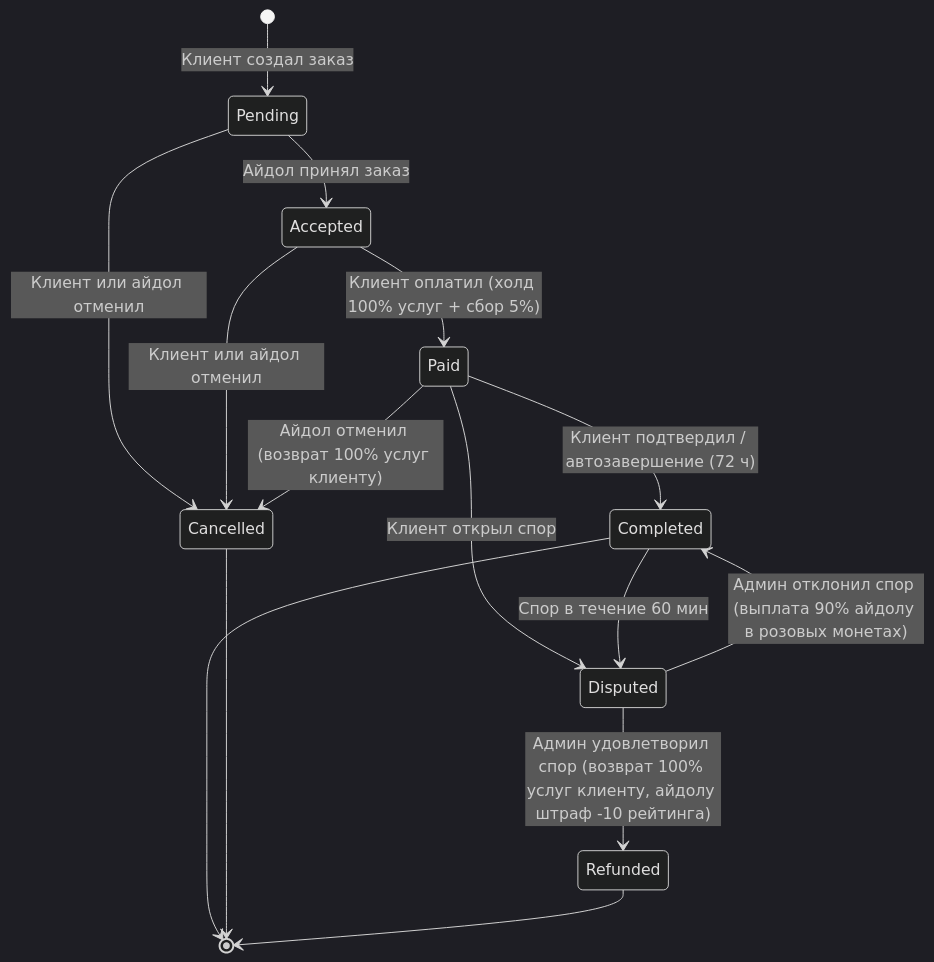
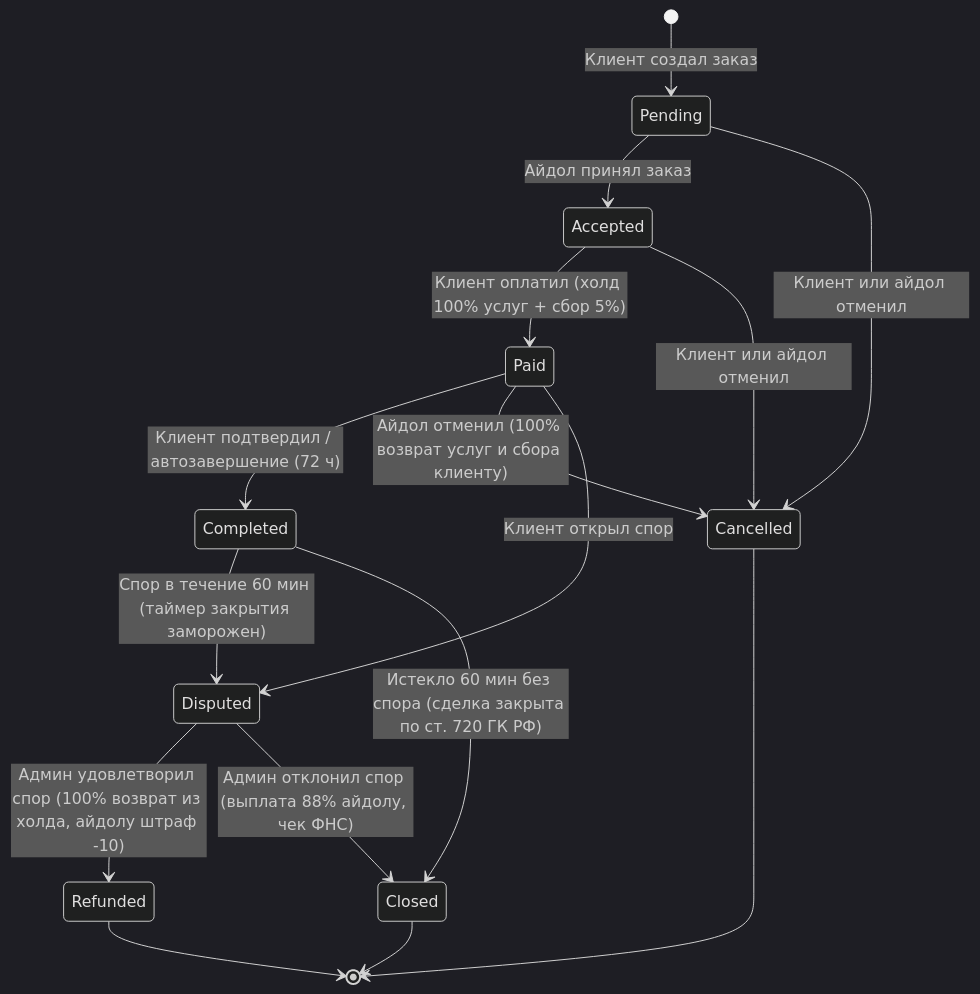
The diagram in AGENTS.md (yar101/not_alone), drawn with Mermaid (dark theme) before and after one commit. The commit also changed other lines of this file and 77 other files, not shown here.

````diff
--- a/AGENTS.md
+++ b/AGENTS.md
@@ -124,17 +142,18 @@
 ```mermaid
 stateDiagram-v2
     [*] --> Pending: Клиент создал заказ
     Pending --> Accepted: Айдол принял заказ
     Pending --> Cancelled: Клиент или айдол отменил
     Accepted --> Paid: Клиент оплатил (холд 100% услуг + сбор 5%)
     Accepted --> Cancelled: Клиент или айдол отменил
     Paid --> Completed: Клиент подтвердил / автозавершение (72 ч)
-    Paid --> Cancelled: Айдол отменил (возврат 100% услуг клиенту)
+    Paid --> Cancelled: Айдол отменил (100% возврат услуг и сбора клиенту)
     Paid --> Disputed: Клиент открыл спор
-    Completed --> Disputed: Спор в течение 60 мин
-    Disputed --> Refunded: Админ удовлетворил спор (возврат 100% услуг клиенту, айдолу штраф -10 рейтинга)
-    Disputed --> Completed: Админ отклонил спор (выплата 90% айдолу в розовых монетах)
-    Completed --> [*]
+    Completed --> Disputed: Спор в течение 60 мин (таймер закрытия заморожен)
+    Completed --> Closed: Истекло 60 мин без спора (сделка закрыта по ст. 720 ГК РФ)
+    Disputed --> Refunded: Админ удовлетворил спор (100% возврат из холда, айдолу штраф -10)
+    Disputed --> Closed: Админ отклонил спор (выплата 88% айдолу, чек ФНС)
+    Closed --> [*]
     Cancelled --> [*]
     Refunded --> [*]
 ```
````
